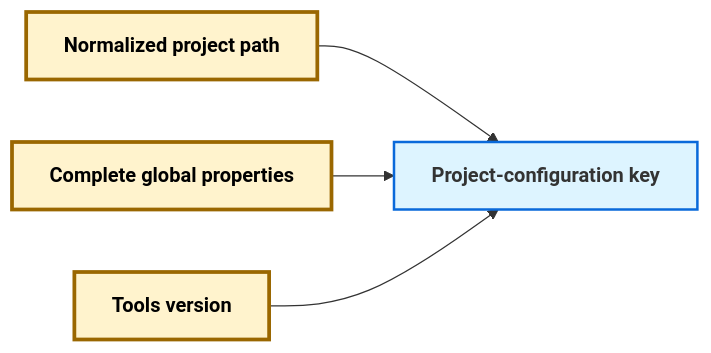
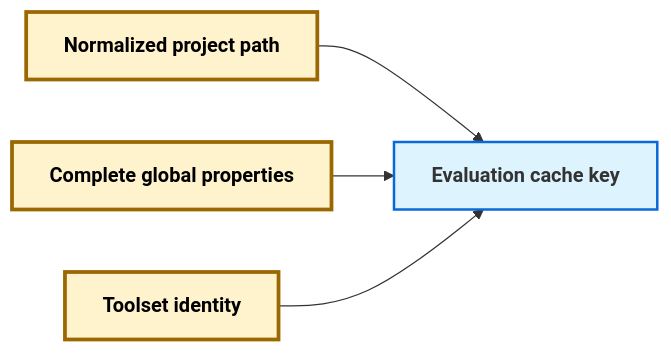
One commit to OvesN/docs changed the first of 2 diagrams in evaluation_cahce_inputs.md. Above: the diagram before and after it, drawn with Mermaid. The commit also changed other lines of this file, not shown here.

First line of the commit message:
Include effective toolset identity in the cache key

````diff
--- a/evaluation_cahce_inputs.md
+++ b/evaluation_cahce_inputs.md
@@ -46,18 +47,18 @@
 ```mermaid
 flowchart LR
     Project["<b>Normalized project path</b>"]
     Globals["<b>Complete global properties</b>"]
-    Tools["<b>Tools version</b>"]
+    Tools["<b>Toolset identity</b>"]
 
-    Key["Project-configuration key"]
+    Key["Evaluation cache key"]
 
     Project --> Key
     Globals --> Key
     Tools --> Key
 
     classDef core fill:#fff3cd,stroke:#9a6700,stroke-width:3px,color:#000000,font-weight:bold
     classDef key fill:#ddf4ff,stroke:#0969da,stroke-width:2px,font-weight:bold
 
     class Project,Globals,Tools core
     class Key key
 ```
````
